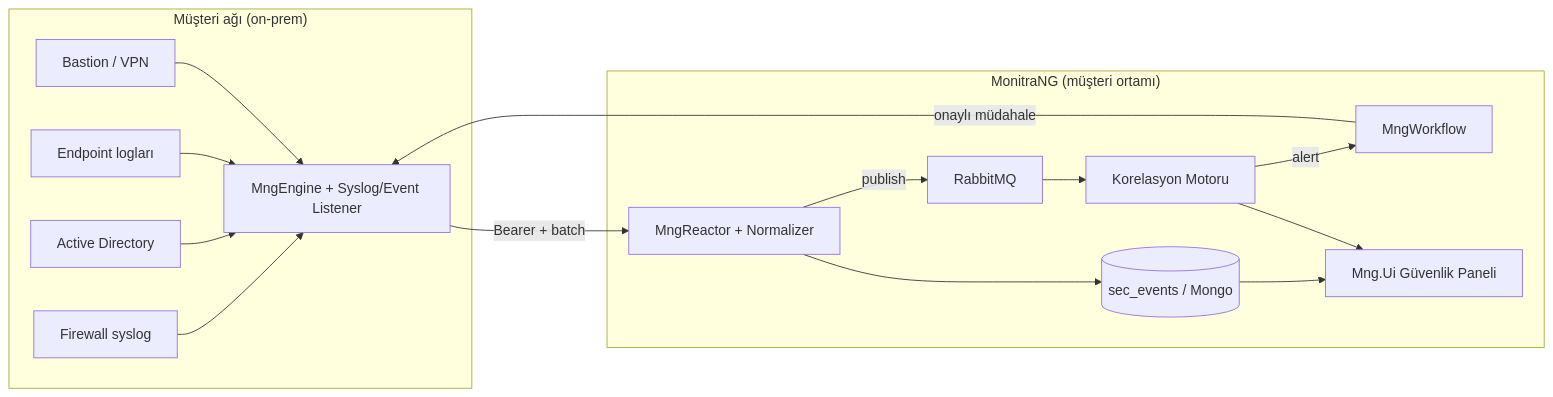
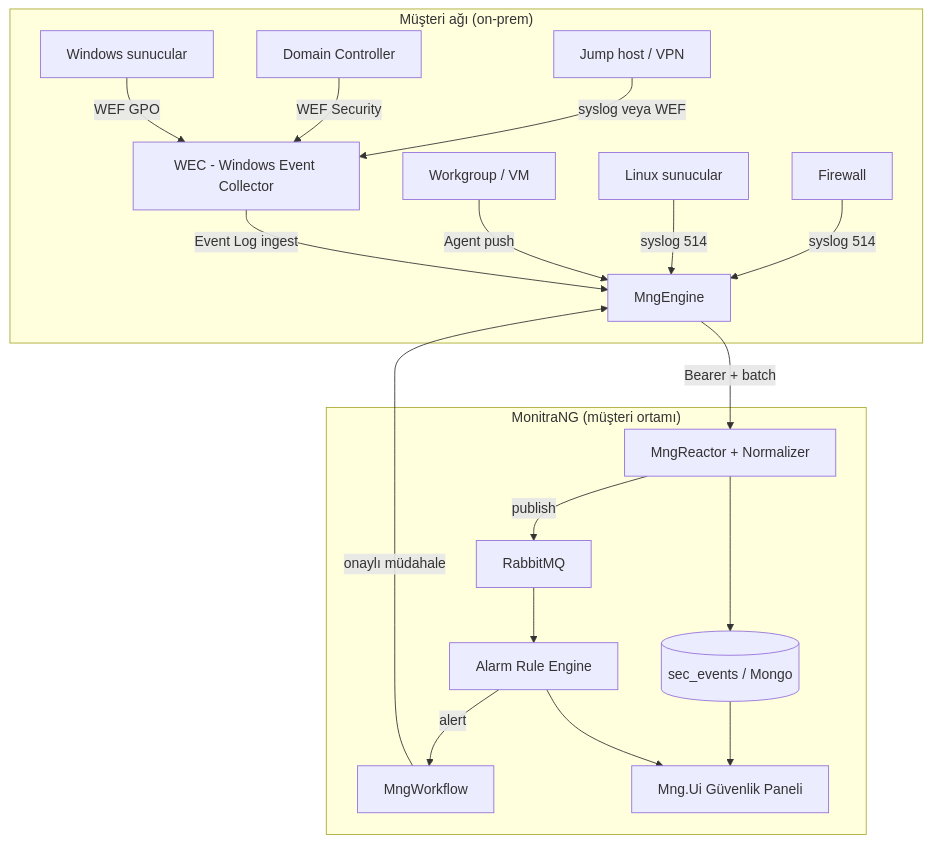
The first of 2 diagrams in docs/odak/monitoring/SIEM_PLANNING.md (serkanmeral/MonitraNG), drawn with Mermaid before and after one commit. The commit also changed other lines of this file and 334 other files, not shown here.

First line of the commit message:
feat: MngAlarm, Workflow engine, SLA orchestration and SIEM planning

````diff
--- a/docs/odak/monitoring/SIEM_PLANNING.md
+++ b/docs/odak/monitoring/SIEM_PLANNING.md
@@ -99,30 +106,29 @@
 ```mermaid
-flowchart LR
+flowchart TB
     subgraph Edge ["Müşteri ağı (on-prem)"]
-        FW[Firewall syslog]
-        AD[Active Directory]
-        EP[Endpoint logları]
-        BA[Bastion / VPN]
-        Engine[MngEngine + Syslog/Event Listener]
+        FW[Firewall]
+        LX[Linux sunucular]
+        DC[Domain Controller]
+        WIN[Windows sunucular]
+        JH[Jump host / VPN]
+        WG[Workgroup / VM]
+        WEC[WEC - Windows Event Collector]
+        FW -->|syslog 514| ENG
+        LX -->|syslog 514| ENG
+        JH -->|syslog veya WEF| WEC
+        DC -->|WEF Security| WEC
+        WIN -->|WEF GPO| WEC
+        WG -->|Agent push| ENG
+        WEC -->|Event Log ingest| ENG[MngEngine]
     end
     subgraph Server ["MonitraNG (müşteri ortamı)"]
-        Reactor[MngReactor + Normalizer]
-        Store[(sec_events / Mongo)]
-        MQ[RabbitMQ]
-        Corr[Korelasyon Motoru]
-        WF[MngWorkflow]
-        UI[Mng.Ui Güvenlik Paneli]
+        ENG -->|Bearer + batch| REA[MngReactor + Normalizer]
+        REA --> STORE[(sec_events / Mongo)]
+        REA -->|publish| MQ[RabbitMQ]
+        MQ --> ALM[Alarm Rule Engine]
+        ALM -->|alert| WF[MngWorkflow]
+        WF -->|onaylı müdahale| ENG
+        STORE --> UI[Mng.Ui Güvenlik Paneli]
+        ALM --> UI
     end
-    FW --> Engine
-    AD --> Engine
-    EP --> Engine
-    BA --> Engine
-    Engine -->|Bearer + batch| Reactor
-    Reactor --> Store
-    Reactor -->|publish| MQ
-    MQ --> Corr
-    Corr -->|alert| WF
-    WF -->|onaylı müdahale| Engine
-    Store --> UI
-    Corr --> UI
 ```
````
